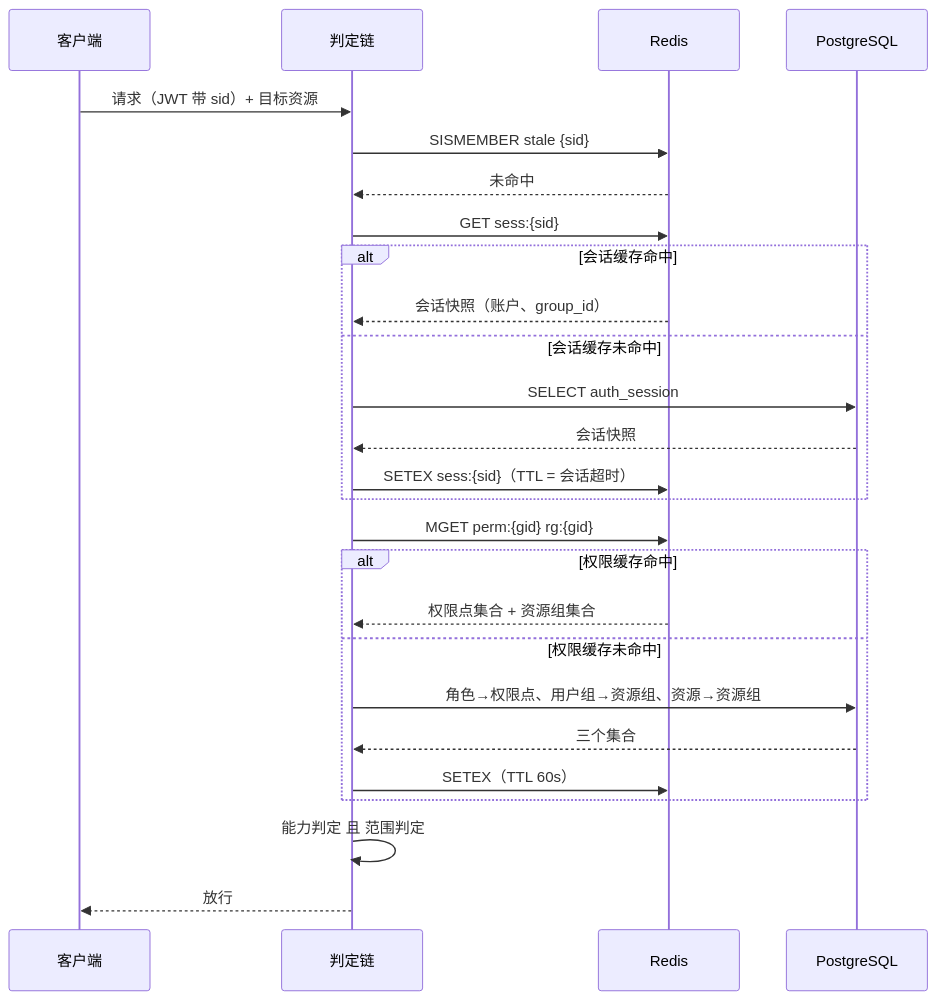
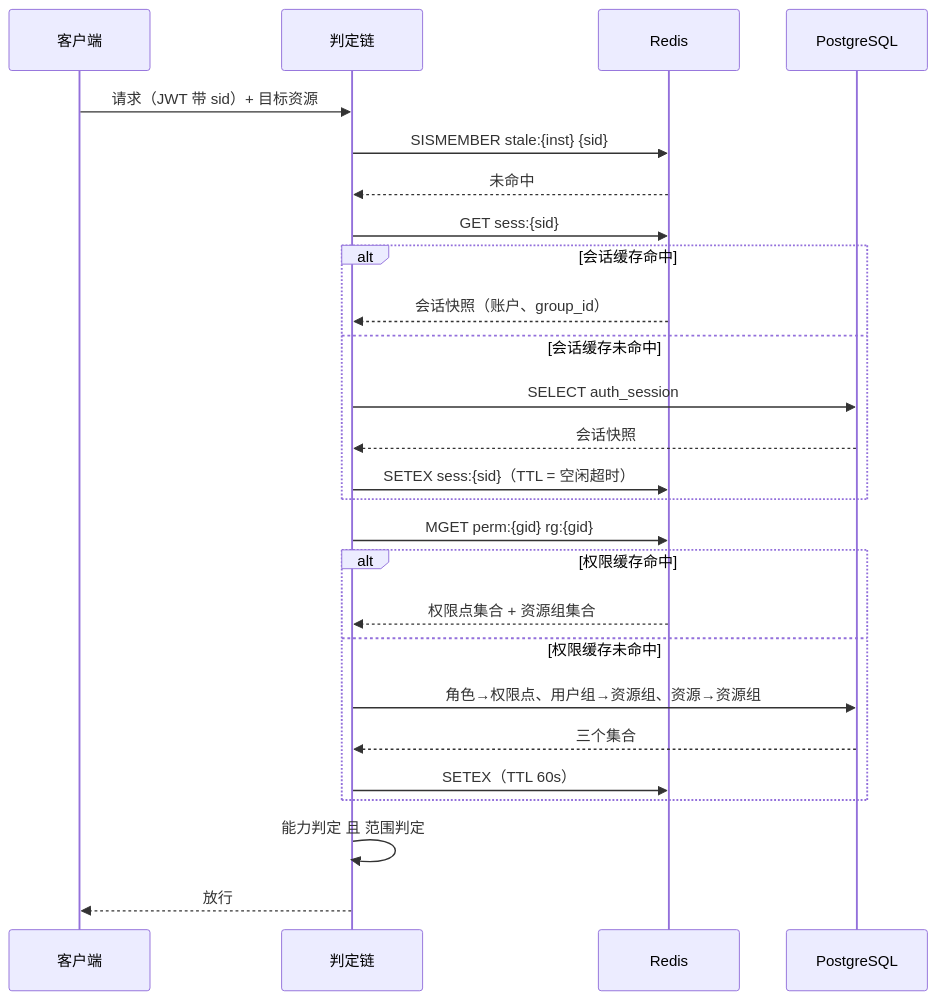
The fifth of 16 diagrams in design/OMS-总体设计-精炼版.md (HaoruiSong622/OMS), drawn with Mermaid before and after one commit. The commit also changed other lines of this file, not shown here.

````diff
--- a/design/OMS-总体设计-精炼版.md
+++ b/design/OMS-总体设计-精炼版.md
@@ -395,28 +430,28 @@
 ```mermaid
 sequenceDiagram
   participant C as 客户端
   participant F as 判定链
   participant R as Redis
   participant DB as PostgreSQL
   C->>F: 请求（JWT 带 sid）+ 目标资源
-  F->>R: SISMEMBER stale {sid}
+  F->>R: SISMEMBER stale:{inst} {sid}
   R-->>F: 未命中
   F->>R: GET sess:{sid}
   alt 会话缓存命中
     R-->>F: 会话快照（账户、group_id）
   else 会话缓存未命中
     F->>DB: SELECT auth_session
     DB-->>F: 会话快照
-    F->>R: SETEX sess:{sid}（TTL = 会话超时）
+    F->>R: SETEX sess:{sid}（TTL = 空闲超时）
   end
   F->>R: MGET perm:{gid} rg:{gid}
   alt 权限缓存命中
     R-->>F: 权限点集合 + 资源组集合
   else 权限缓存未命中
     F->>DB: 角色→权限点、用户组→资源组、资源→资源组
     DB-->>F: 三个集合
     F->>R: SETEX（TTL 60s）
   end
   F->>F: 能力判定 且 范围判定
   F-->>C: 放行
 ```
````
